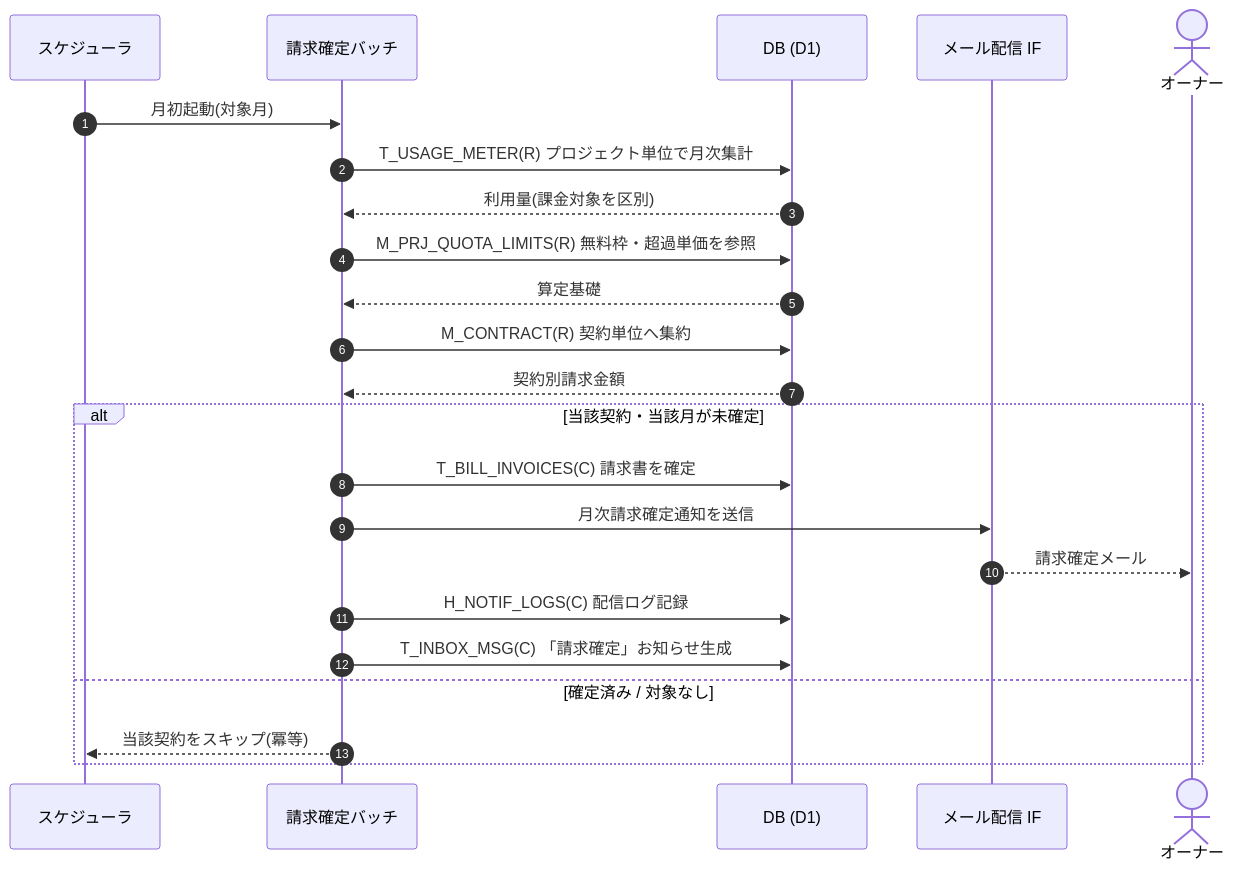
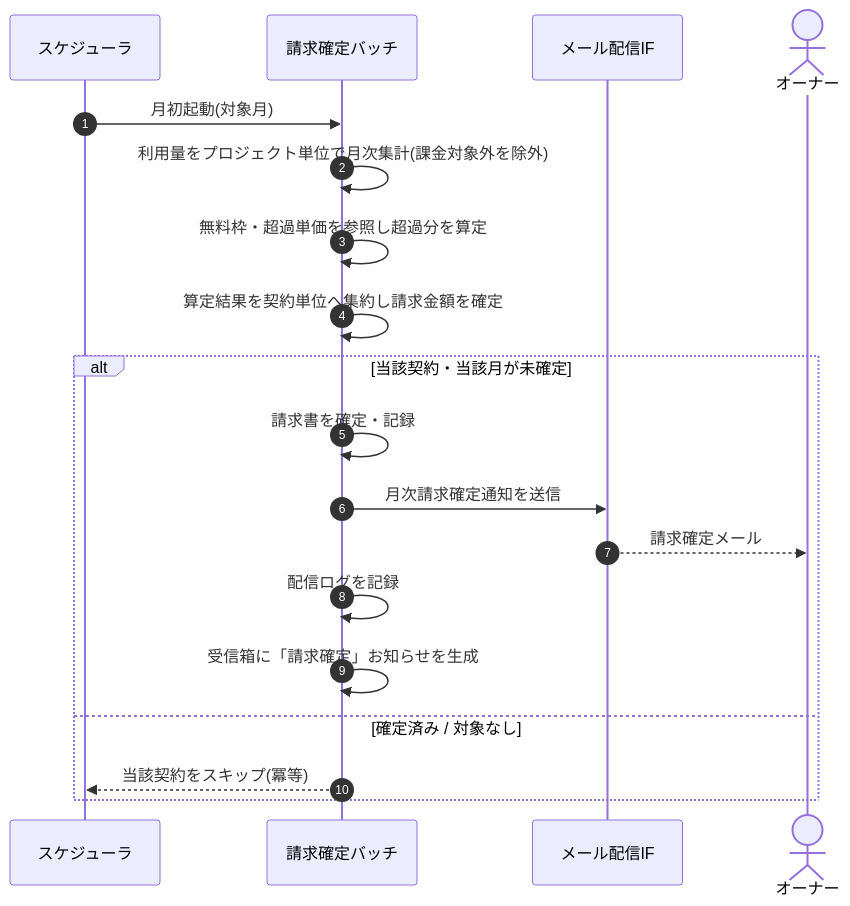
One commit to sikakou54/open-faq changed the diagram in 02_basic_design/05_sequences/SEQ-093.md. Above: the diagram before and after it, drawn with Mermaid. The commit also changed other lines of this file and 108 other files, not shown here.

First line of the commit message:
基本設計: シーケンス図を基本設計粒度(ユーザー/画面/サーバー)へ再編成

````diff
--- a/02_basic_design/05_sequences/SEQ-093.md
+++ b/02_basic_design/05_sequences/SEQ-093.md
@@ -25,25 +32,21 @@
 ```mermaid
 sequenceDiagram
   autonumber
   participant SCH as スケジューラ
   participant B as 請求確定バッチ
-  participant DB as DB (D1)
-  participant MAIL as メール配信 IF
+  participant MAIL as メール配信IF
   actor O as オーナー
   SCH->>B: 月初起動(対象月)
-  B->>DB: T_USAGE_METER(R) プロジェクト単位で月次集計
-  DB-->>B: 利用量(課金対象を区別)
-  B->>DB: M_PRJ_QUOTA_LIMITS(R) 無料枠・超過単価を参照
-  DB-->>B: 算定基礎
-  B->>DB: M_CONTRACT(R) 契約単位へ集約
-  DB-->>B: 契約別請求金額
+  B->>B: 利用量をプロジェクト単位で月次集計(課金対象外を除外)
+  B->>B: 無料枠・超過単価を参照し超過分を算定
+  B->>B: 算定結果を契約単位へ集約し請求金額を確定
   alt 当該契約・当該月が未確定
-    B->>DB: T_BILL_INVOICES(C) 請求書を確定
+    B->>B: 請求書を確定・記録
     B->>MAIL: 月次請求確定通知を送信
     MAIL-->>O: 請求確定メール
-    B->>DB: H_NOTIF_LOGS(C) 配信ログ記録
-    B->>DB: T_INBOX_MSG(C) 「請求確定」お知らせ生成
+    B->>B: 配信ログを記録
+    B->>B: 受信箱に「請求確定」お知らせを生成
   else 確定済み / 対象なし
     B-->>SCH: 当該契約をスキップ(冪等)
   end
 ```
````
